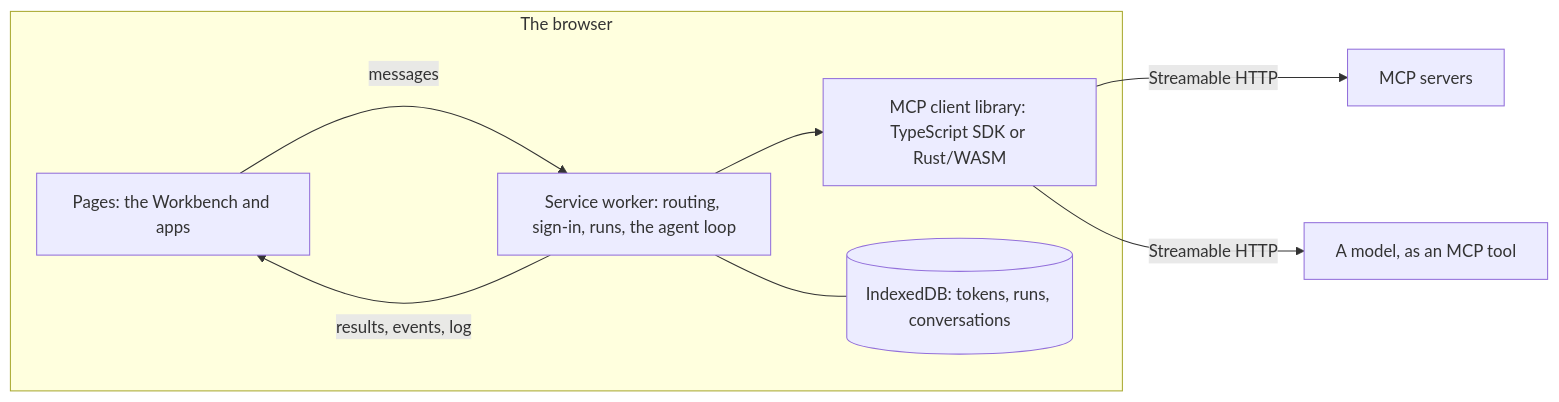
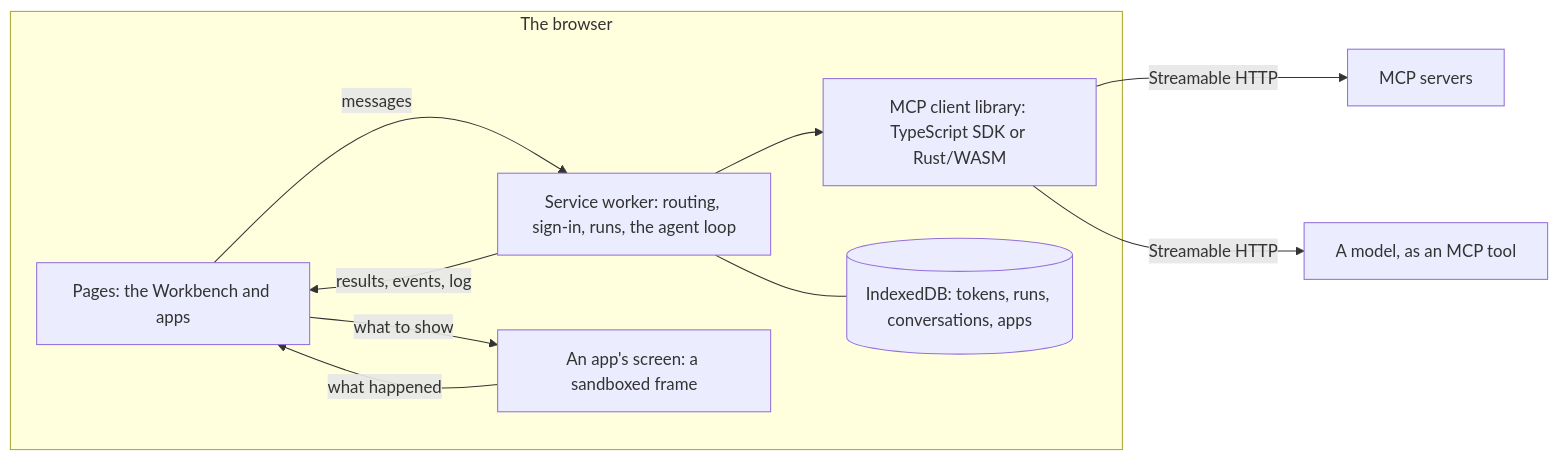
One commit to patrick-glean/mcp-browswer-client changed the diagram in README.md. Above: the diagram before and after it, drawn with Mermaid. The commit also changed other lines of this file and 7 other files, not shown here.

First line of the commit message:
Docs: building apps, how an app runs, and the DML

````diff
--- a/README.md
+++ b/README.md
@@ -172,15 +225,18 @@
 ```mermaid
 flowchart LR
     subgraph browser [The browser]
         Page["Pages: the Workbench and apps"]
         SW["Service worker: routing, sign-in, runs, the agent loop"]
         Lib["MCP client library: TypeScript SDK or Rust/WASM"]
-        DB[("IndexedDB: tokens, runs, conversations")]
+        DB[("IndexedDB: tokens, runs, conversations, apps")]
+        Screen["An app's screen: a sandboxed frame"]
     end
+    Screen -- "what happened" --> Page
+    Page -- "what to show" --> Screen
     Page -- "messages" --> SW
     SW -- "results, events, log" --> Page
     SW --> Lib
     SW --- DB
     Lib -- "Streamable HTTP" --> Servers["MCP servers"]
     Lib -- "Streamable HTTP" --> Model["A model, as an MCP tool"]
 ```
````
